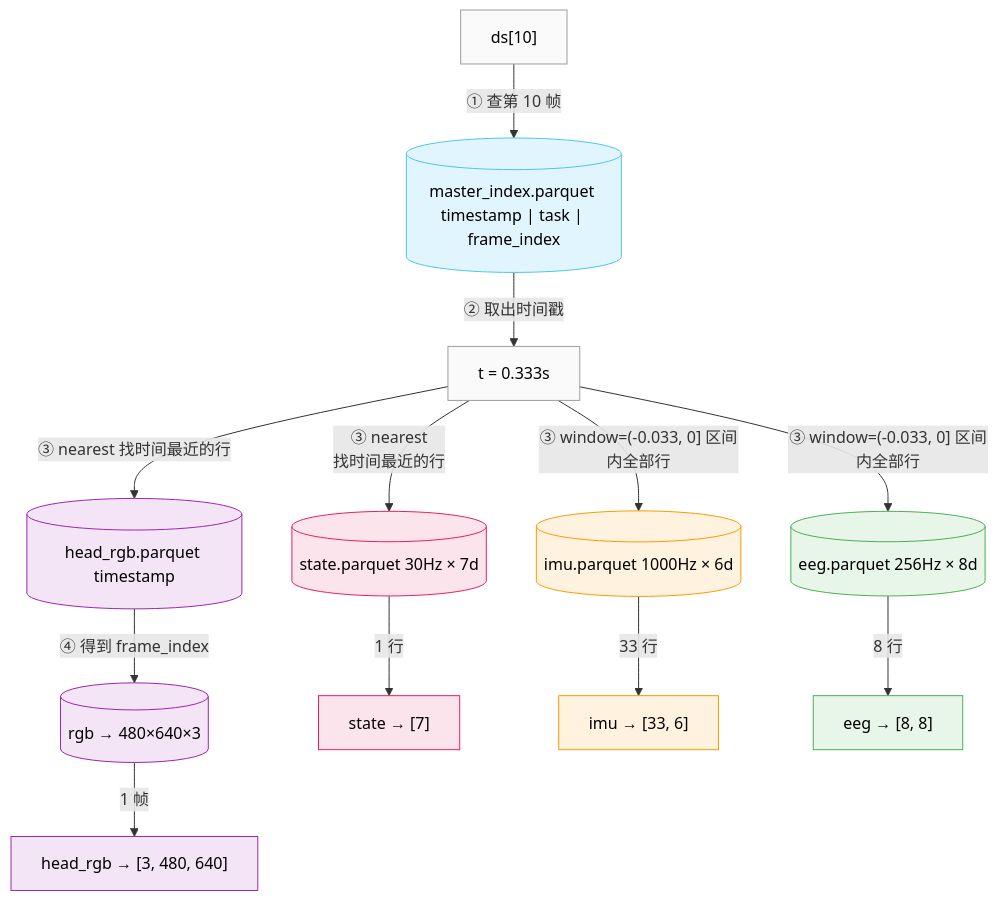
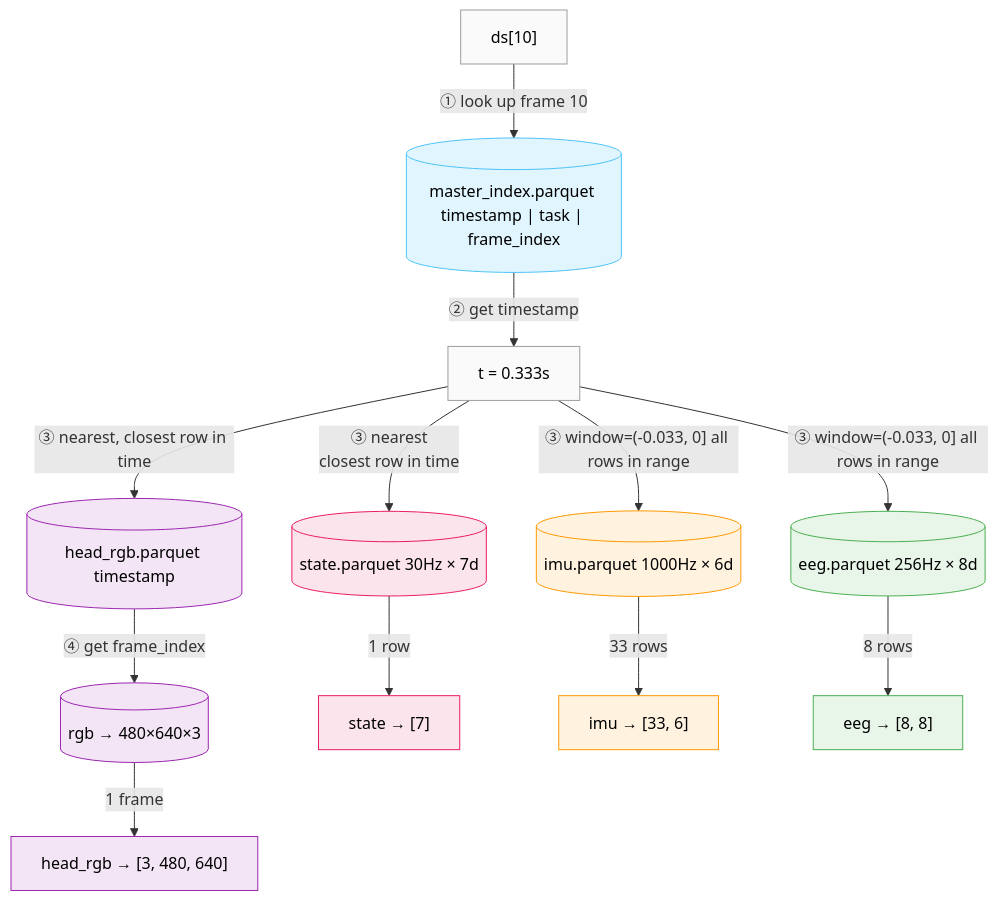
Before and after one commit to Koorye/Multi-Frequency-LeRobot: the second of 4 diagrams in README.md, drawn with Mermaid. The commit also changed other lines of this file and 10 other files, not shown here.

````diff
--- a/README.md
+++ b/README.md
@@ -90,27 +90,27 @@
 ```mermaid
 flowchart TD
-    IDX["ds[10]"] -->|"① 查第 10 帧"| MI[("master_index.parquet timestamp | task | frame_index")]
-    MI -->|"② 取出时间戳"| TS["t = 0.333s"]
-    TS -->|"③ nearest<br/>找时间最近的行"| P3[("state.parquet 30Hz × 7d")]
-    TS -->|"③ window=(-0.033, 0] 区间内全部行"| P1[("imu.parquet 1000Hz × 6d")]
-    TS -->|"③ window=(-0.033, 0] 区间内全部行"| P2[("eeg.parquet 256Hz × 8d")]
-    TS -->|"③ nearest 找时间最近的行"| C1[("head_rgb.parquet timestamp")]
-    C1 -->|"④ 得到 frame_index"| V1[("rgb → 480×640×3")]
-    P3 -->|"1 行"| RS["state → [7]"]
-    P1 -->|"33 行"| RI["imu → [33, 6]"]
-    P2 -->|"8 行"| RE["eeg → [8, 8]"]
-    V1 -->|"1 帧"| RV["head_rgb → [3, 480, 640]"]
+    IDX["ds[10]"] -->|"① look up frame 10"| MI[("master_index.parquet timestamp | task | frame_index")]
+    MI -->|"② get timestamp"| TS["t = 0.333s"]
+    TS -->|"③ nearest<br/>closest row in time"| P3[("state.parquet 30Hz × 7d")]
+    TS -->|"③ window=(-0.033, 0] all rows in range"| P1[("imu.parquet 1000Hz × 6d")]
+    TS -->|"③ window=(-0.033, 0] all rows in range"| P2[("eeg.parquet 256Hz × 8d")]
+    TS -->|"③ nearest, closest row in time"| C1[("head_rgb.parquet timestamp")]
+    C1 -->|"④ get frame_index"| V1[("rgb → 480×640×3")]
+    P3 -->|"1 row"| RS["state → [7]"]
+    P1 -->|"33 rows"| RI["imu → [33, 6]"]
+    P2 -->|"8 rows"| RE["eeg → [8, 8]"]
+    V1 -->|"1 frame"| RV["head_rgb → [3, 480, 640]"]
 
     style IDX fill:#fafafa,stroke:#9e9e9e,color:#000
     style MI fill:#e1f5fe,stroke:#4fc3f7,color:#000
     style TS fill:#fafafa,stroke:#9e9e9e,color:#000
     style P3 fill:#fce4ec,stroke:#e91e63,color:#000
     style P1 fill:#fff3e0,stroke:#ff9800,color:#000
     style P2 fill:#e8f5e9,stroke:#4caf50,color:#000
     style C1 fill:#f3e5f5,stroke:#9c27b0,color:#000
     style V1 fill:#f3e5f5,stroke:#9c27b0,color:#000
     style RS fill:#fce4ec,stroke:#e91e63,color:#000
     style RI fill:#fff3e0,stroke:#ff9800,color:#000
     style RE fill:#e8f5e9,stroke:#4caf50,color:#000
     style RV fill:#f3e5f5,stroke:#9c27b0,color:#000
 ```
````
